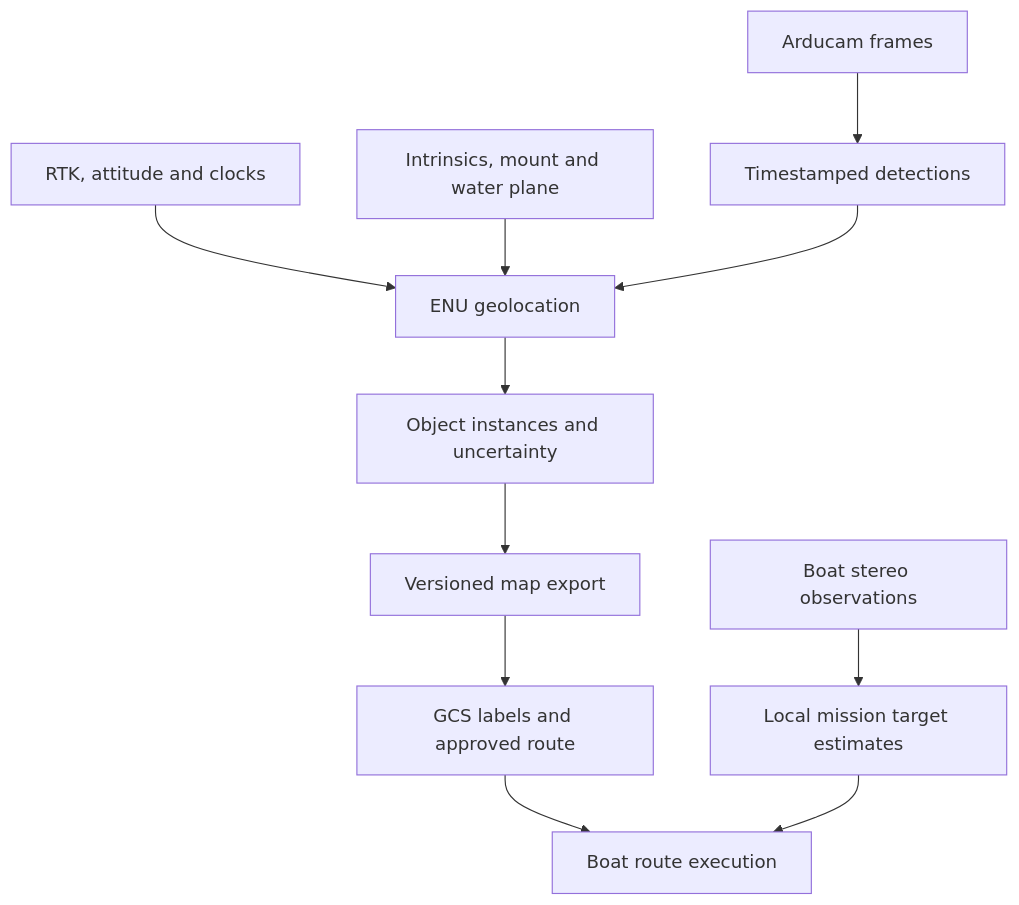
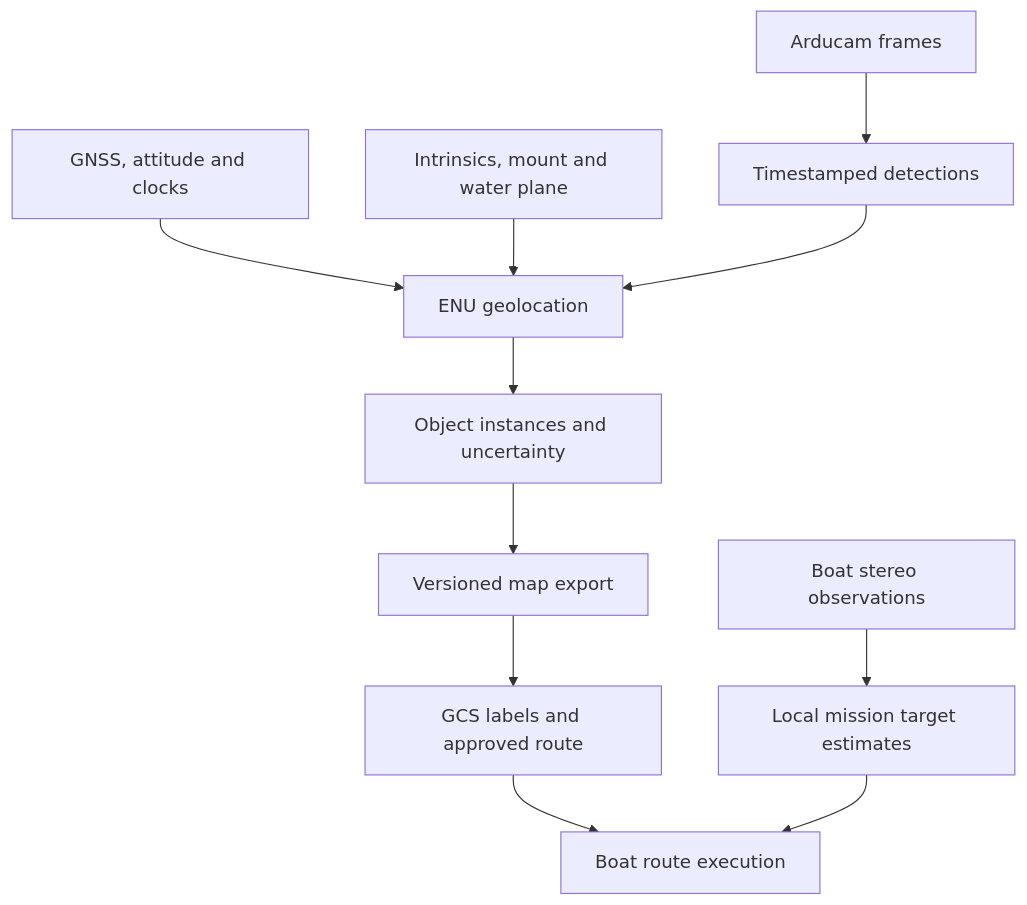
Before and after one commit to Purdue-NDS-RND/Maritime_2027: the diagram in docs/sensing_perception.md, drawn with Mermaid. The commit also changed other lines of this file and 10 other files, not shown here.

````diff
--- a/docs/sensing_perception.md
+++ b/docs/sensing_perception.md
@@ -14,13 +14,13 @@
 ```mermaid
 flowchart TD
     A["Arducam frames"] --> D["Timestamped detections"]
-    B["RTK, attitude and clocks"] --> E["ENU geolocation"]
+    B["GNSS, attitude and clocks"] --> E["ENU geolocation"]
     C["Intrinsics, mount and water plane"] --> E
     D --> E
     E --> F["Object instances and uncertainty"]
     F --> G["Versioned map export"]
     G --> H["GCS labels and approved route"]
     H --> I["Boat route execution"]
     J["Boat stereo observations"] --> K["Local mission target estimates"]
     K --> I
 ```
````
